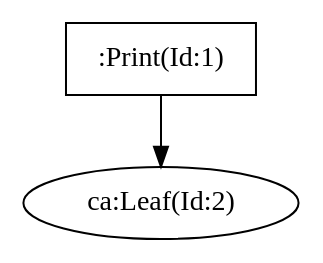
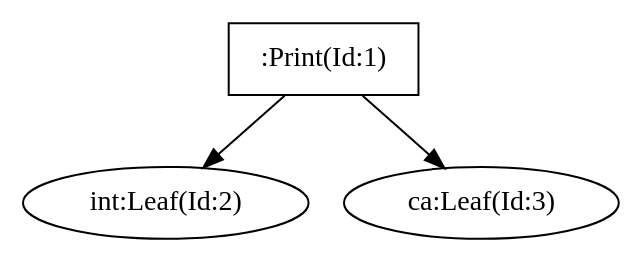
One commit to egoshin-igor/StateMachine changed the diagram in Compiler/SyntacticalAnalyzerGenerator/LangFiles/astTree.dot. Above: the diagram before and after it, drawn with Graphviz. The commit also changed 6 other files, not shown here.

```diff
--- a/Compiler/SyntacticalAnalyzerGenerator/LangFiles/astTree.dot
+++ b/Compiler/SyntacticalAnalyzerGenerator/LangFiles/astTree.dot
@@ -1,1 +1,1 @@
-digraph G{":Print(Id:1)" [shape = box];":Print(Id:1)"->"ca:Leaf(Id:2)";}
+digraph G{":Print(Id:1)" [shape = box];":Print(Id:1)"->"int:Leaf(Id:2)";":Print(Id:1)"->"ca:Leaf(Id:3)";}
```
